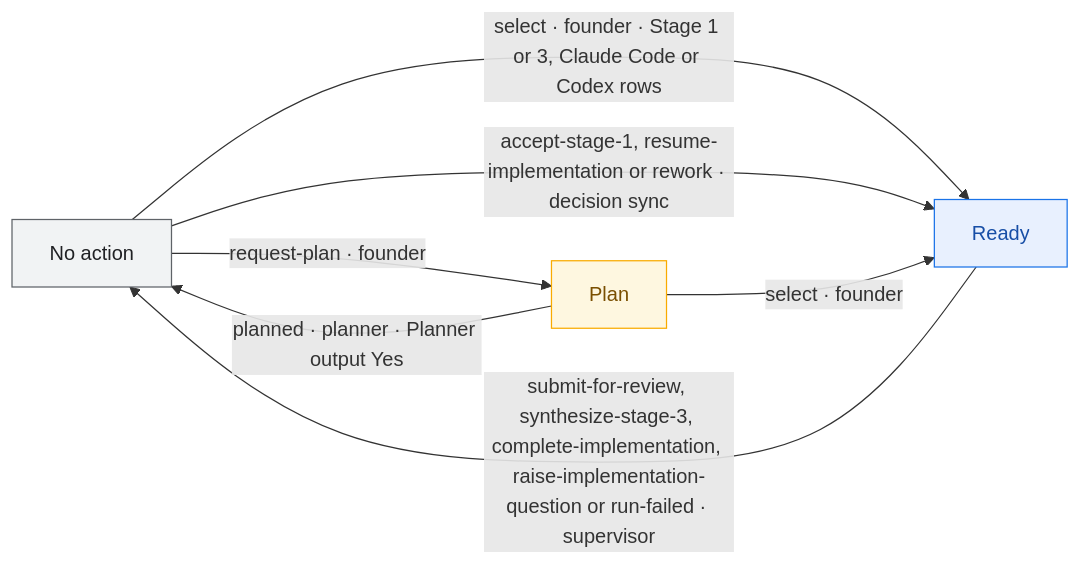
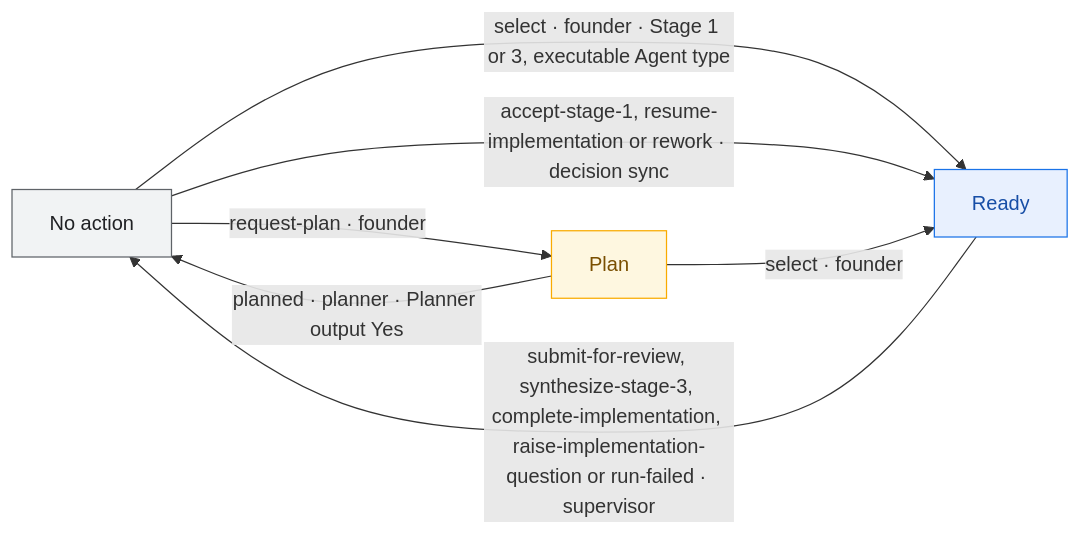
Before and after one commit to Welladino/Horology: the third of 3 diagrams in docs/architecture/subscription-agents/workflow.md, drawn with Mermaid. The commit also changed other lines of this file and 29 other files, not shown here.

````diff
--- a/docs/architecture/subscription-agents/workflow.md
+++ b/docs/architecture/subscription-agents/workflow.md
@@ -129,19 +129,19 @@
 ```mermaid
 flowchart LR
   noaction["No action"]
   plan["Plan"]
   ready["Ready"]
   noaction -- "request-plan · founder" --> plan
   plan -- "planned · planner · Planner output Yes" --> noaction
-  noaction -- "select · founder · Stage 1 or 3, Claude Code or Codex rows" --> ready
+  noaction -- "select · founder · Stage 1 or 3, executable Agent type" --> ready
   noaction -- "accept-stage-1, resume-implementation or rework · decision sync" --> ready
   plan -- "select · founder" --> ready
   ready -- "submit-for-review, synthesize-stage-3, complete-implementation, raise-implementation-question or run-failed · supervisor" --> noaction
 
   classDef inactive fill:#f1f3f4,stroke:#5f6368,color:#202124
   classDef planning fill:#fef7e0,stroke:#f9ab00,color:#7a4f01
   classDef selected fill:#e8f0fe,stroke:#1a73e8,color:#174ea6
   class noaction inactive
   class plan planning
   class ready selected
 ```
````
